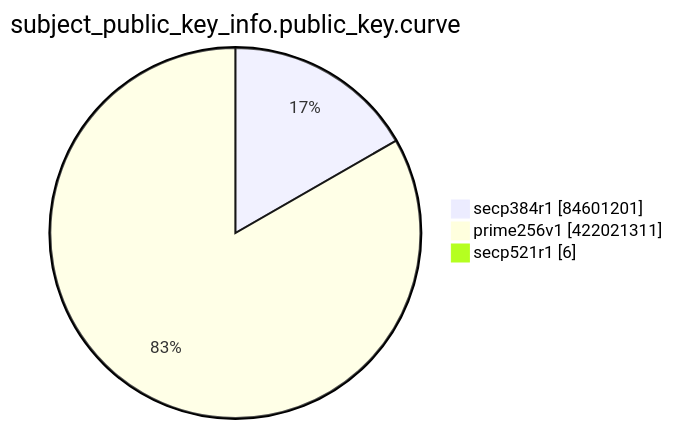
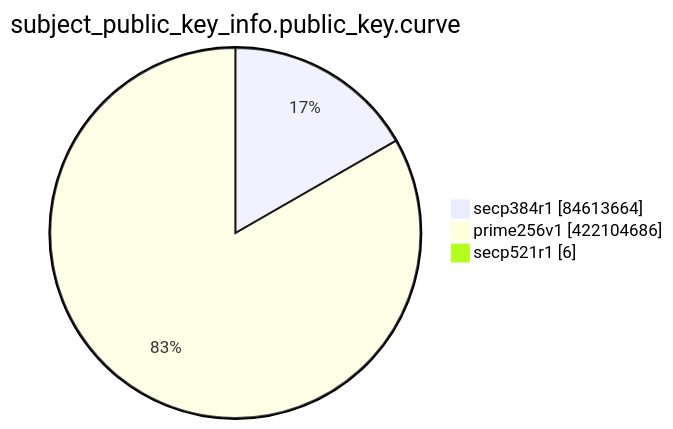
Before and after one commit to christiankrug/ctmonitor_visualization: the eighth of 15 diagrams in TOTAL/README.md, drawn with Mermaid. The commit also changed other lines of this file, not shown here.

````diff
--- a/TOTAL/README.md
+++ b/TOTAL/README.md
@@ -3099,7 +3099,7 @@
 ```mermaid
 pie showData
 title subject_public_key_info.public_key.curve
-"secp384r1" :84601201
-"prime256v1" :422021311
+"secp384r1" :84613664
+"prime256v1" :422104686
 "secp521r1" :6
 ```
````
